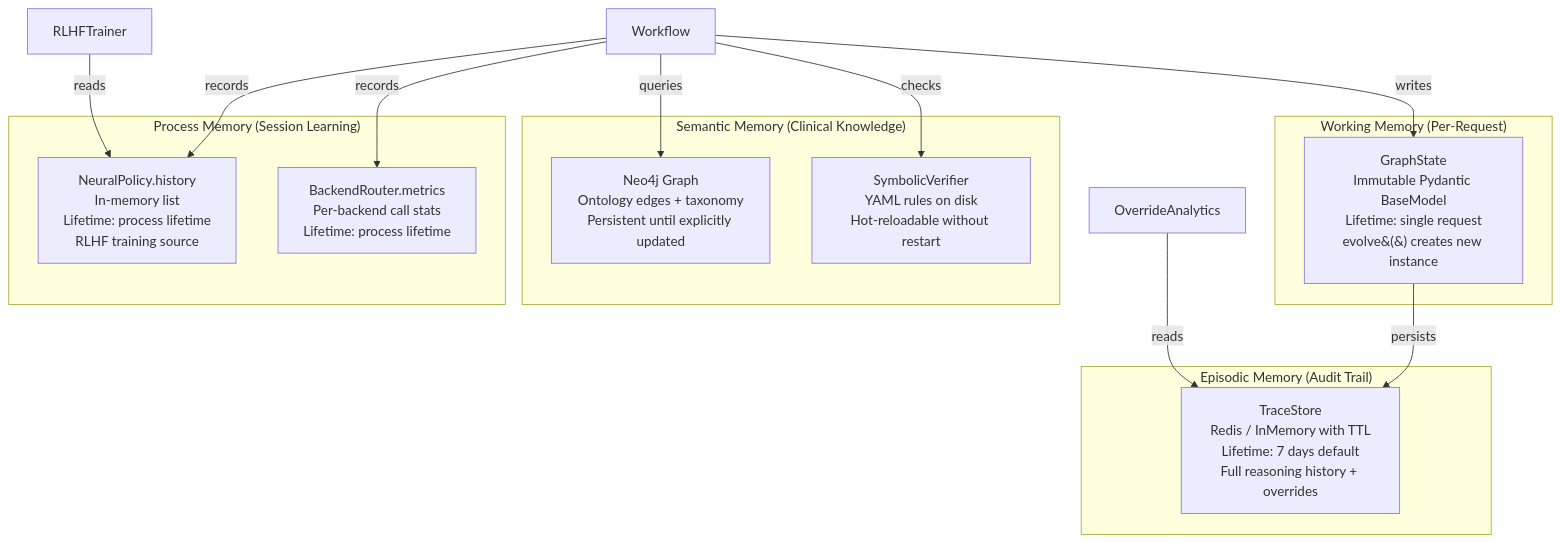
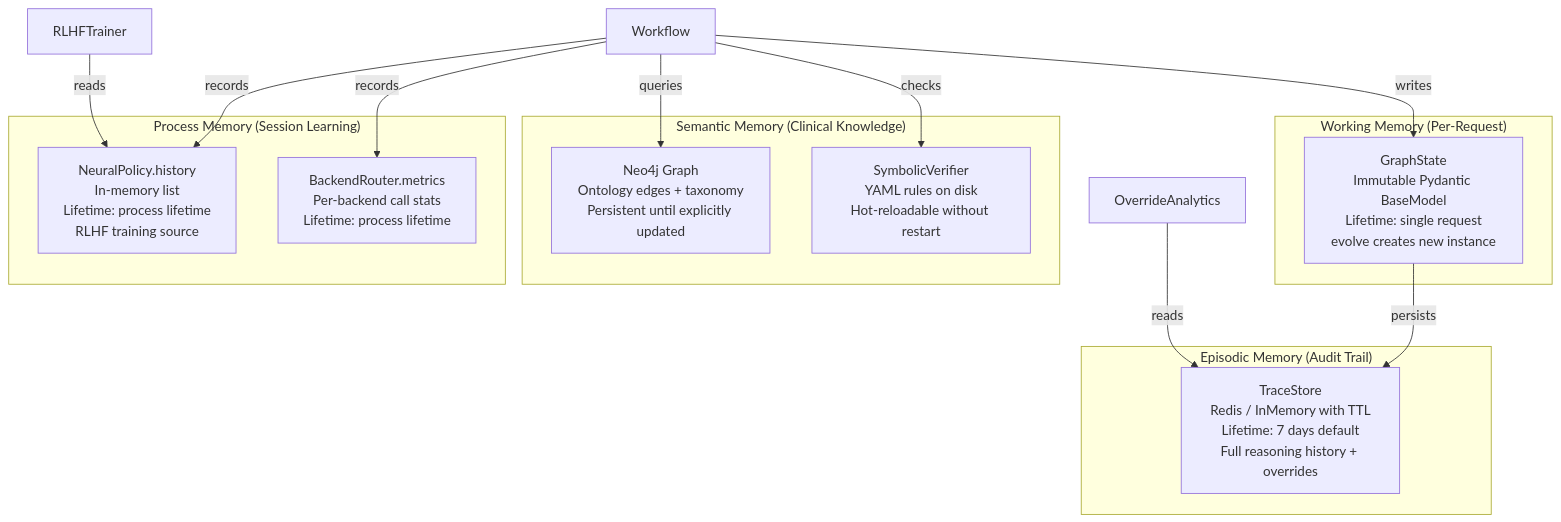
Before and after one commit to aragit/speculative-clinical-graphrag: the fourth of 4 diagrams in README.md, drawn with Mermaid. The commit also changed other lines of this file, not shown here.

Commit message:
fix: remove parentheses from Mermaid node labels to fix GitHub rendering

````diff
--- a/README.md
+++ b/README.md
@@ -310,29 +310,29 @@
 ```mermaid
 flowchart TB
     subgraph WM["Working Memory (Per-Request)"]
-        GS[GraphState<br/>Immutable Pydantic BaseModel<br/>Lifetime: single request<br/>evolve&#40;&#41; creates new instance]
+        GS[GraphState<br/>Immutable Pydantic BaseModel<br/>Lifetime: single request<br/>evolve creates new instance]
     end
 
     subgraph EM["Episodic Memory (Audit Trail)"]
         TS[TraceStore<br/>Redis / InMemory with TTL<br/>Lifetime: 7 days default<br/>Full reasoning history + overrides]
     end
 
     subgraph SM["Semantic Memory (Clinical Knowledge)"]
         N4[Neo4j Graph<br/>Ontology edges + taxonomy<br/>Persistent until explicitly updated]
         SY[SymbolicVerifier<br/>YAML rules on disk<br/>Hot-reloadable without restart]
     end
 
     subgraph PM["Process Memory (Session Learning)"]
         NP[NeuralPolicy.history<br/>In-memory list<br/>Lifetime: process lifetime<br/>RLHF training source]
         BM[BackendRouter.metrics<br/>Per-backend call stats<br/>Lifetime: process lifetime]
     end
 
     Workflow -->|writes| GS
     GS -->|persists| TS
     Workflow -->|queries| N4
     Workflow -->|checks| SY
     Workflow -->|records| NP
     Workflow -->|records| BM
     RL[RLHFTrainer] -->|reads| NP
     OA[OverrideAnalytics] -->|reads| TS
 ```
````
